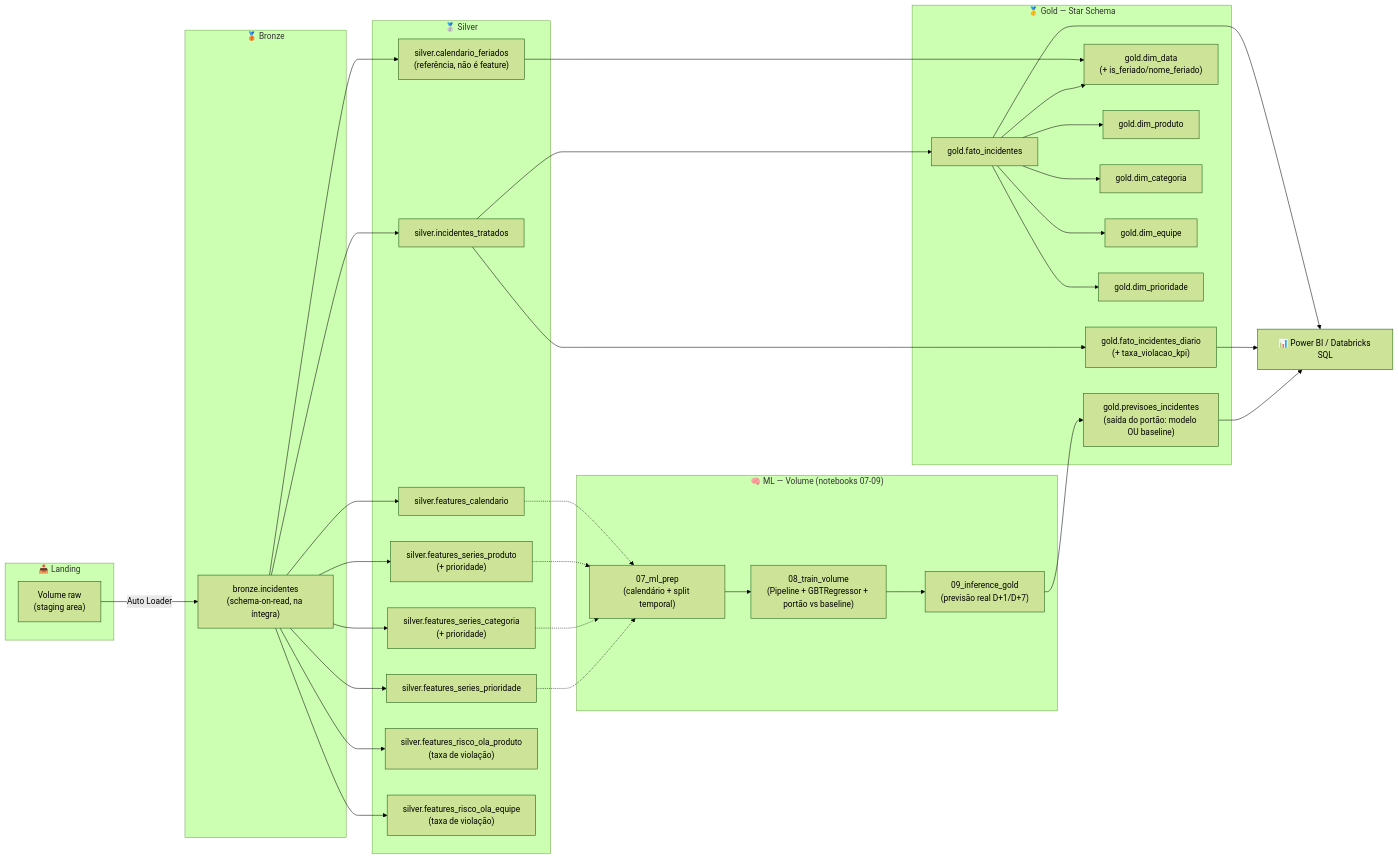
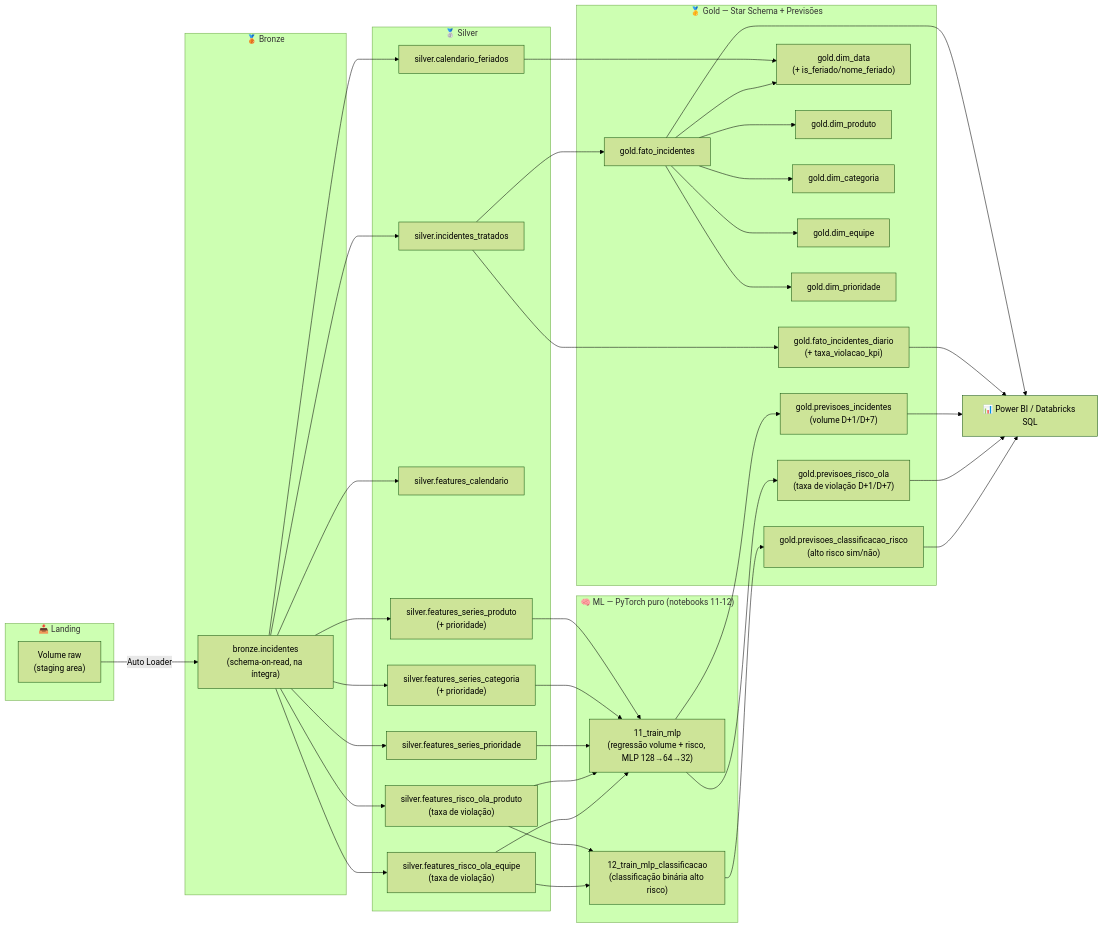
The diagram in README.md (carlosclaudinolima/antecipeai), drawn with Mermaid (forest theme) before and after one commit. The commit also changed other lines of this file, not shown here.

````diff
--- a/README.md
+++ b/README.md
@@ -56,63 +60,66 @@
 ```mermaid
 flowchart LR
     subgraph Landing["📥 Landing"]
         V["Volume raw<br/>(staging area)"]
     end
 
     subgraph Bronze["🥉 Bronze"]
         B["bronze.incidentes<br/>(schema-on-read, na íntegra)"]
     end
 
     subgraph Silver["🥈 Silver"]
         S1["silver.incidentes_tratados"]
-        S2["silver.calendario_feriados<br/>(referência, não é feature)"]
+        S2["silver.calendario_feriados"]
         S3["silver.features_calendario"]
         S4["silver.features_series_produto<br/>(+ prioridade)"]
         S5["silver.features_series_categoria<br/>(+ prioridade)"]
         S6["silver.features_series_prioridade"]
         S7["silver.features_risco_ola_produto<br/>(taxa de violação)"]
         S8["silver.features_risco_ola_equipe<br/>(taxa de violação)"]
     end
 
-    subgraph ML["🧠 ML — Volume (notebooks 07-09)"]
-        M1["07_ml_prep<br/>(calendário + split temporal)"]
-        M2["08_train_volume<br/>(Pipeline + GBTRegressor + portão vs baseline)"]
-        M3["09_inference_gold<br/>(previsão real D+1/D+7)"]
+    subgraph ML["🧠 ML — PyTorch puro (notebooks 11-12)"]
+        M1["11_train_mlp<br/>(regressão volume + risco, MLP 128→64→32)"]
+        M2["12_train_mlp_classificacao<br/>(classificação binária alto risco)"]
     end
 
-    subgraph Gold["🥇 Gold — Star Schema"]
+    subgraph Gold["🥇 Gold — Star Schema + Previsões"]
         F["gold.fato_incidentes"]
         FA["gold.fato_incidentes_diario<br/>(+ taxa_violacao_kpi)"]
         D1["gold.dim_data<br/>(+ is_feriado/nome_feriado)"]
         D2["gold.dim_produto"]
         D3["gold.dim_categoria"]
         D4["gold.dim_equipe"]
         D5["gold.dim_prioridade"]
-        GP["gold.previsoes_incidentes<br/>(saída do portão: modelo OU baseline)"]
+        GP["gold.previsoes_incidentes<br/>(volume D+1/D+7)"]
+        GR["gold.previsoes_risco_ola<br/>(taxa de violação D+1/D+7)"]
+        GC["gold.previsoes_classificacao_risco<br/>(alto risco sim/não)"]
     end
 
     BI["📊 Power BI / Databricks SQL"]
 
     V -->|Auto Loader| B
     B --> S1
     B --> S2
     B --> S3
     B --> S4
     B --> S5
     B --> S6
     B --> S7
     B --> S8
     S1 --> F
     S1 --> FA
     S2 --> D1
-    S3 -.-> M1
-    S4 -.-> M1
-    S5 -.-> M1
-    S6 -.-> M1
-    M1 --> M2 --> M3
-    M3 --> GP
+    S4 & S5 & S6 --> M1
+    S7 & S8 --> M1
+    S7 & S8 --> M2
+    M1 --> GP
+    M1 --> GR
+    M2 --> GC
     F --> D1 & D2 & D3 & D4 & D5
     F --> BI
     FA --> BI
     GP --> BI
+    GR --> BI
+    GC --> BI
 ```
````
